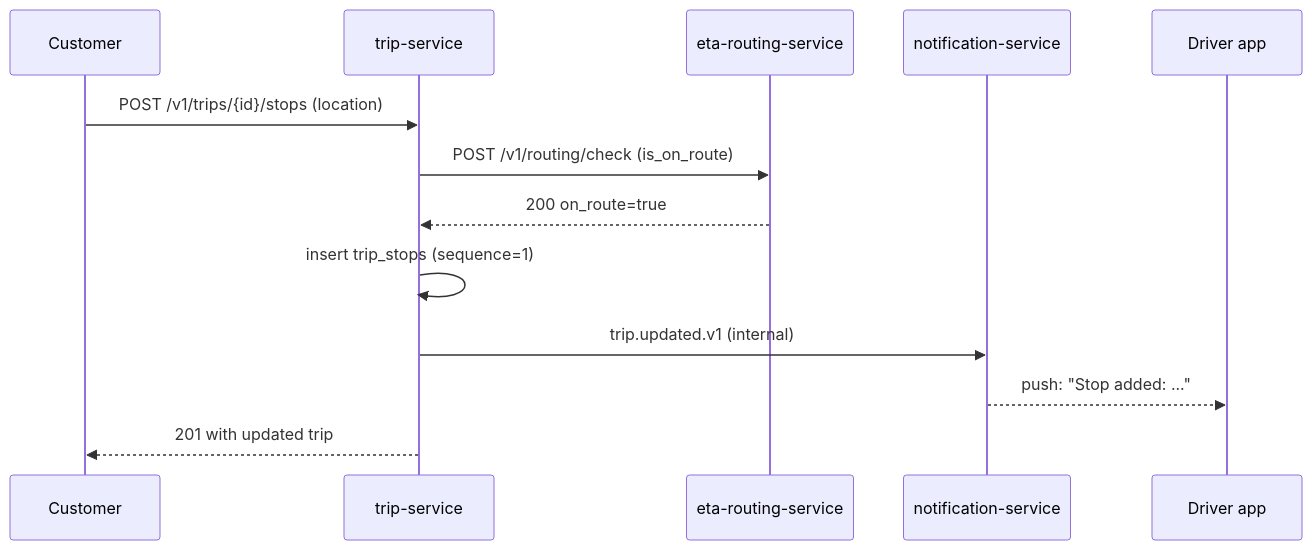
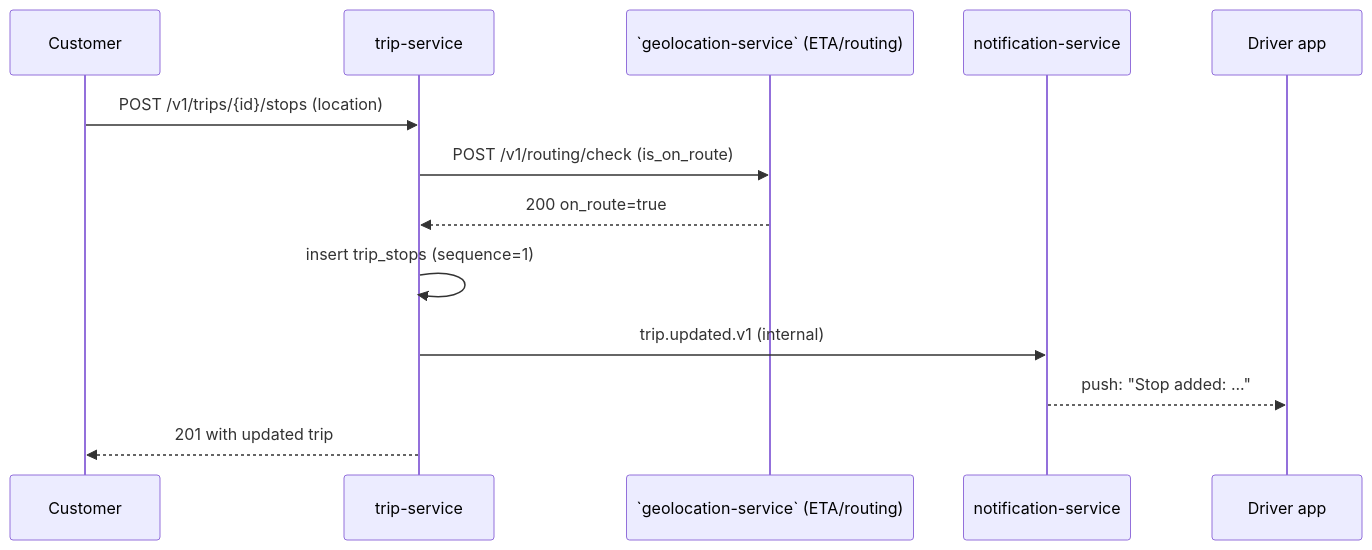
Before and after one commit to mohamedhabibwork/trips-enjoy-docs: the third of 9 diagrams in docs/services/trip-service/WORKFLOWS.md, drawn with Mermaid. The commit also changed other lines of this file and 525 other files, not shown here.

````diff
--- a/docs/services/trip-service/WORKFLOWS.md
+++ b/docs/services/trip-service/WORKFLOWS.md
@@ -216,16 +216,16 @@
 ```mermaid
 sequenceDiagram
     participant C as Customer
     participant TS as trip-service
-    participant ETA as eta-routing-service
+    participant ETA as `geolocation-service` (ETA/routing)
     participant NOT as notification-service
     participant DR as Driver app
 
     C->>TS: POST /v1/trips/{id}/stops (location)
     TS->>ETA: POST /v1/routing/check (is_on_route)
     ETA-->>TS: 200 on_route=true
     TS->>TS: insert trip_stops (sequence=1)
     TS->>NOT: trip.updated.v1 (internal)
     NOT-->>DR: push: "Stop added: ..."
     TS-->>C: 201 with updated trip
 ```
````
